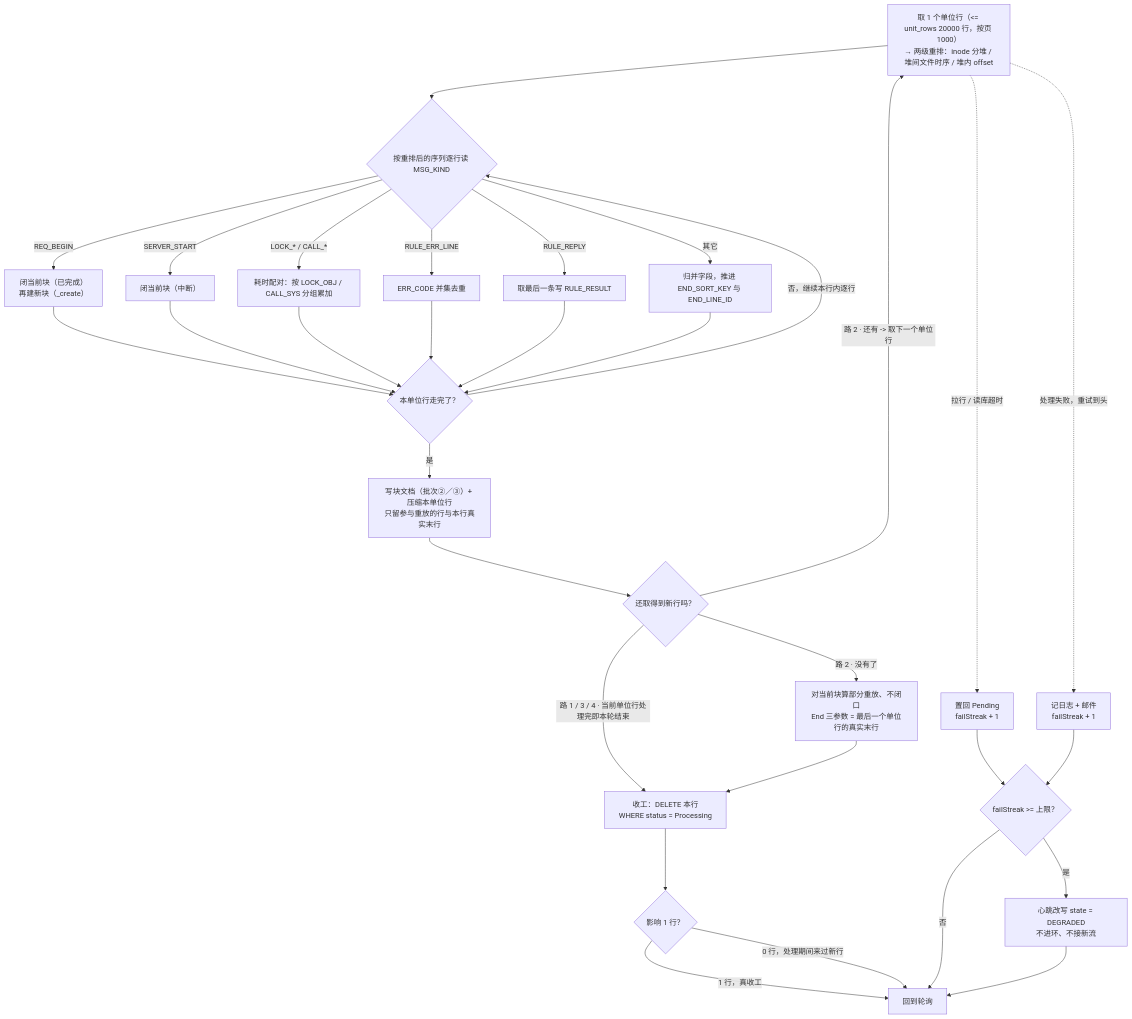
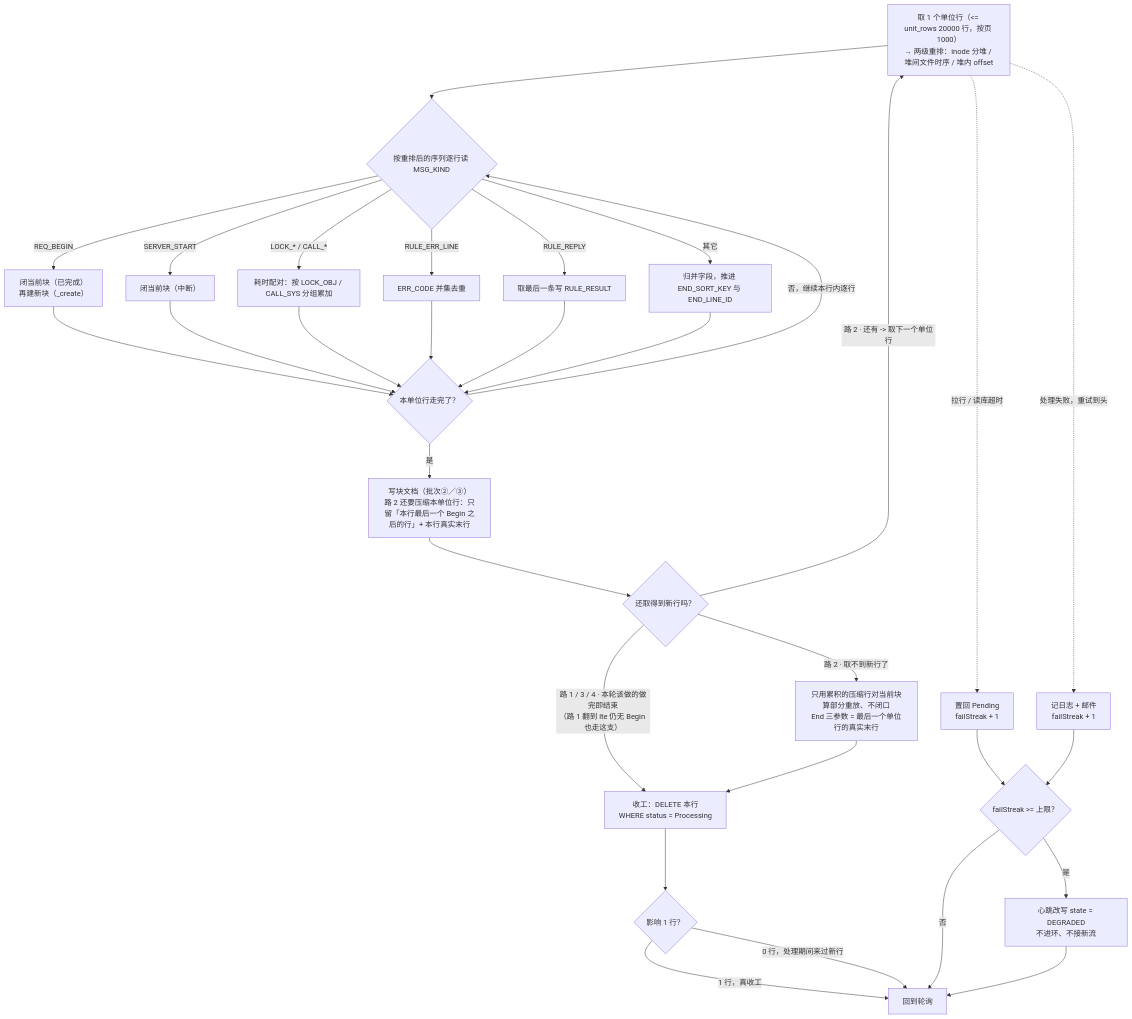
Before and after one commit to Jianming-Xue/fab-viewer-docs: the fifth of 5 diagrams in docs/06-派生服务工程实现.md, drawn with Mermaid. The commit also changed other lines of this file and 2 other files, not shown here.

````diff
--- a/docs/06-派生服务工程实现.md
+++ b/docs/06-派生服务工程实现.md
@@ -1542,32 +1559,32 @@
 ```mermaid
 flowchart TD
     G["取 1 个单位行（<= unit_rows 20000 行，按页 1000）<br/>→ 两级重排：inode 分堆 / 堆间文件时序 / 堆内 offset"] --> H{"按重排后的序列逐行读 MSG_KIND"}
     H -->|REQ_BEGIN| I["闭当前块（已完成）<br/>再建新块（_create）"]
     H -->|SERVER_START| J["闭当前块（中断）"]
     H -->|"LOCK_* / CALL_*"| K["耗时配对：按 LOCK_OBJ / CALL_SYS 分组累加"]
     H -->|RULE_ERR_LINE| L["ERR_CODE 并集去重"]
     H -->|RULE_REPLY| M["取最后一条写 RULE_RESULT"]
     H -->|其它| N["归并字段，推进 END_SORT_KEY 与 END_LINE_ID"]
     I --> O{"本单位行走完了？"}
     J --> O
     K --> O
     L --> O
     M --> O
     N --> O
     O -->|否，继续本行内逐行| H
-    O -->|是| P["写块文档（批次②／③）+ 压缩本单位行<br/>只留参与重放的行与本行真实末行"]
+    O -->|是| P["写块文档（批次②／③）<br/>路 2 还要压缩本单位行：只留「本行最后一个 Begin 之后的行」+ 本行真实末行"]
     P --> Q{"还取得到新行吗？"}
     Q -->|"路 2 · 还有 -> 取下一个单位行"| G
-    Q -->|"路 2 · 没有了"| R0["对当前块算部分重放、不闭口<br/>End 三参数 = 最后一个单位行的真实末行"]
-    Q -->|"路 1 / 3 / 4 · 当前单位行处理完即本轮结束"| P0["收工：DELETE 本行<br/>WHERE status = Processing"]
+    Q -->|"路 2 · 取不到新行了"| R0["只用累积的压缩行对当前块算部分重放、不闭口<br/>End 三参数 = 最后一个单位行的真实末行"]
+    Q -->|"路 1 / 3 / 4 · 本轮该做的做完即结束<br/>（路 1 翻到 lte 仍无 Begin 也走这支）"| P0["收工：DELETE 本行<br/>WHERE status = Processing"]
     R0 --> P0
     P0 --> P1{"影响 1 行？"}
     P1 -->|1 行，真收工| A2["回到轮询"]
     P1 -->|0 行，处理期间来过新行| A2
     G -.->|拉行 / 读库超时| T["置回 Pending<br/>failStreak + 1"]
     G -.->|处理失败，重试到头| T2["记日志 + 邮件<br/>failStreak + 1"]
     T --> T3{"failStreak >= 上限？"}
     T2 --> T3
     T3 -->|否| A2
     T3 -->|是| T4["心跳改写 state = DEGRADED<br/>不进环、不接新流"] --> A2
 ```
````
